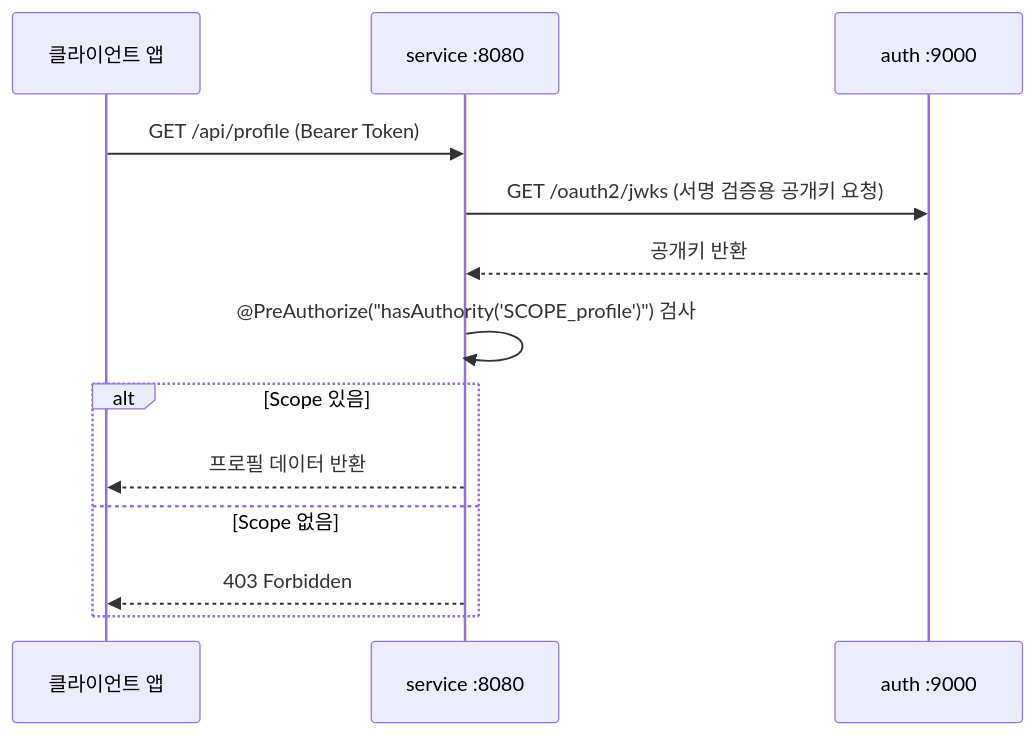
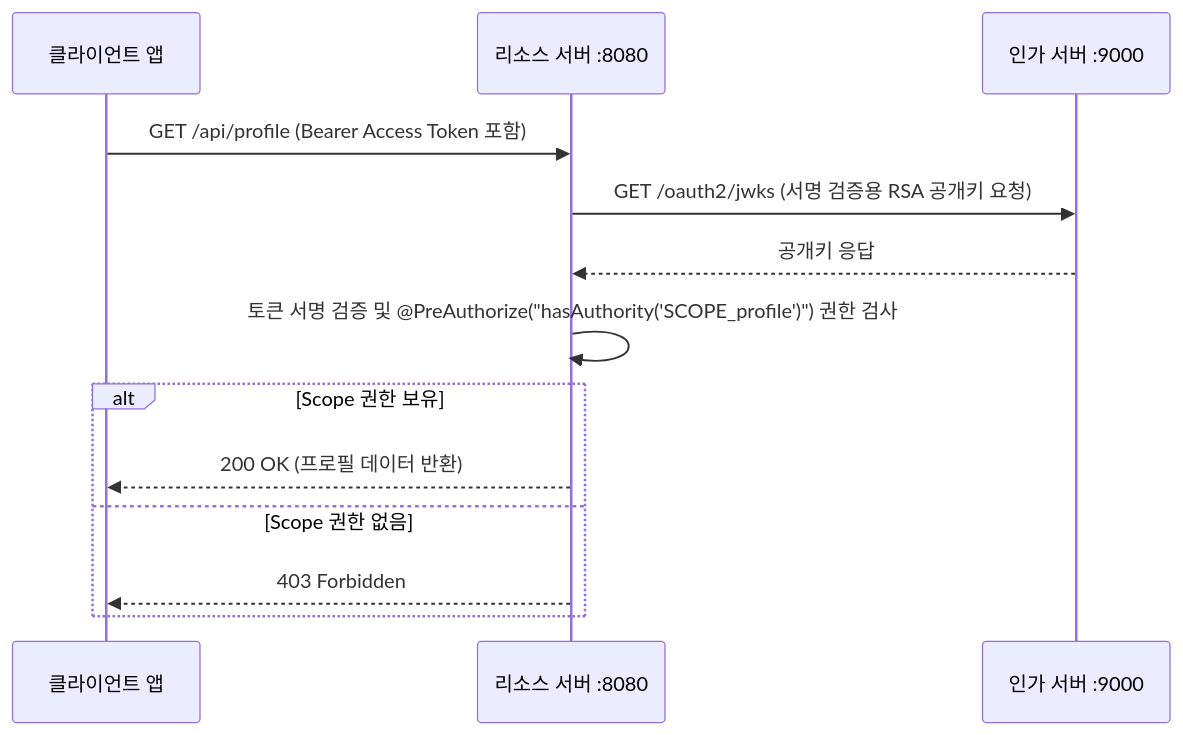
One commit to jeeneep/fisa-oauth changed the third of 4 diagrams in README.md. Above: the diagram before and after it, drawn with Mermaid. The commit also changed other lines of this file, not shown here.

````diff
--- a/README.md
+++ b/README.md
@@ -55,16 +327,16 @@
 ```mermaid
 sequenceDiagram
     participant Client as 클라이언트 앱
-    participant Service as service :8080
-    participant Auth as auth :9000
+    participant Service as 리소스 서버 :8080
+    participant Auth as 인가 서버 :9000
 
-    Client->>Service: GET /api/profile (Bearer Token)
-    Service->>Auth: GET /oauth2/jwks (서명 검증용 공개키 요청)
-    Auth-->>Service: 공개키 반환
-    Service->>Service: @PreAuthorize("hasAuthority('SCOPE_profile')") 검사
-    alt Scope 있음
-        Service-->>Client: 프로필 데이터 반환
-    else Scope 없음
+    Client->>Service: GET /api/profile (Bearer Access Token 포함)
+    Service->>Auth: GET /oauth2/jwks (서명 검증용 RSA 공개키 요청)
+    Auth-->>Service: 공개키 응답
+    Service->>Service: 토큰 서명 검증 및 @PreAuthorize("hasAuthority('SCOPE_profile')") 권한 검사
+    alt Scope 권한 보유
+        Service-->>Client: 200 OK (프로필 데이터 반환)
+    else Scope 권한 없음
         Service-->>Client: 403 Forbidden
     end
 ```
````
